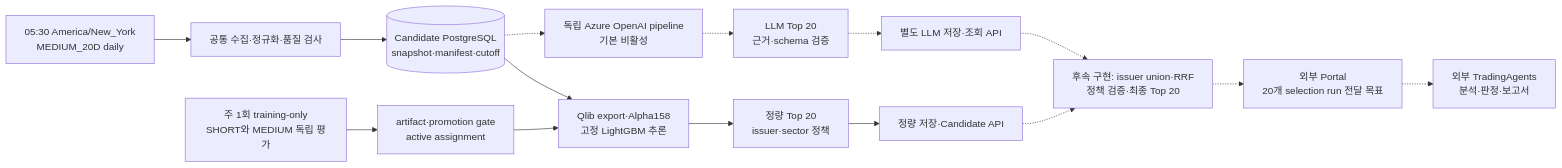
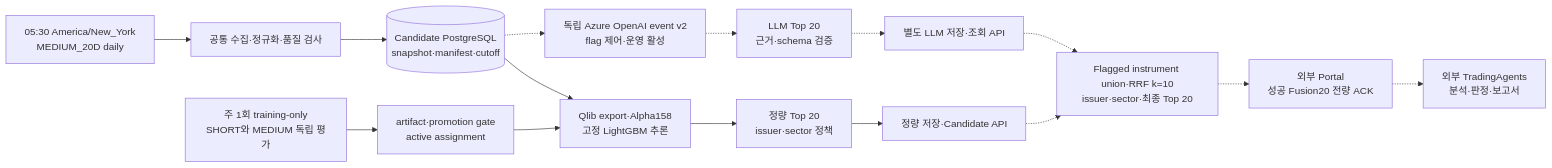
Before and after one commit to brjeong-private/sp500-candidate-engine: the second of 3 diagrams in README.md, drawn with Mermaid. The commit also changed other lines of this file and 81 other files, not shown here.

````diff
--- a/README.md
+++ b/README.md
@@ -137,17 +170,17 @@
 ```mermaid
 flowchart LR
     Timer["05:30 America/New_York<br/>MEDIUM_20D daily"] --> Collect["공통 수집·정규화·품질 검사"]
     Collect --> Spine[("Candidate PostgreSQL<br/>snapshot·manifest·cutoff")]
     Spine --> Quant["Qlib export·Alpha158<br/>고정 LightGBM 추론"]
     Quant --> Quant20["정량 Top 20<br/>issuer·sector 정책"]
-    Spine -.-> Llm["독립 Azure OpenAI pipeline<br/>기본 비활성"]
+    Spine -.-> Llm["독립 Azure OpenAI event v2<br/>flag 제어·운영 활성"]
     Llm -.-> Llm20["LLM Top 20<br/>근거·schema 검증"]
     Quant20 --> QuantApi["정량 저장·Candidate API"]
     Llm20 -.-> LlmApi["별도 LLM 저장·조회 API"]
-    QuantApi -.-> Fusion["후속 구현: issuer union·RRF<br/>정책 검증·최종 Top 20"]
+    QuantApi -.-> Fusion["Flagged instrument union·RRF k=10<br/>issuer·sector·최종 Top 20"]
     LlmApi -.-> Fusion
-    Fusion -.-> Portal["외부 Portal<br/>20개 selection run 전달 목표"]
+    Fusion -.-> Portal["외부 Portal<br/>성공 Fusion20 전량 ACK"]
     Portal -.-> Trading["외부 TradingAgents<br/>분석·판정·보고서"]
     Weekly["주 1회 training-only<br/>SHORT와 MEDIUM 독립 평가"] --> Registry["artifact·promotion gate<br/>active assignment"]
     Registry --> Quant
 ```
````
